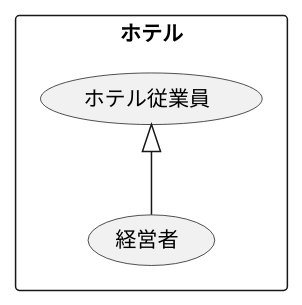
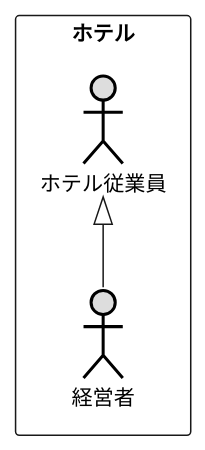
Before and after one commit to syutamorijyobi/uml-introduction: the diagram in 演習2-2_ホテル従業員.pu, drawn with PlantUML.

Commit message:
演習2-2のユースケース図の編集

```diff
--- a/演習2-2_ホテル従業員.pu
+++ b/演習2-2_ホテル従業員.pu
@@ -1,8 +1,8 @@
 @startuml ユースケース図
 ' left to right direction
 rectangle ホテル{
-usecase 経営者
-usecase ホテル従業員
+actor 経営者#DDDDDD;line:black;line.bold;
+actor ホテル従業員#DDDDDD;line:black;line.bold;
 }
 ホテル従業員<|--経営者 
 @enduml
```
